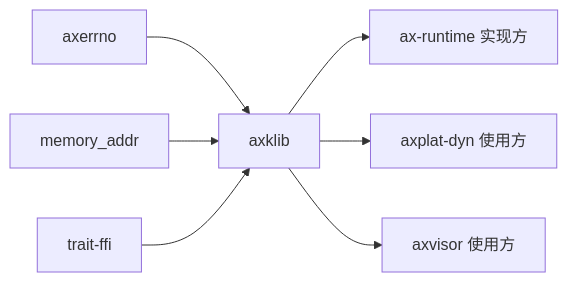
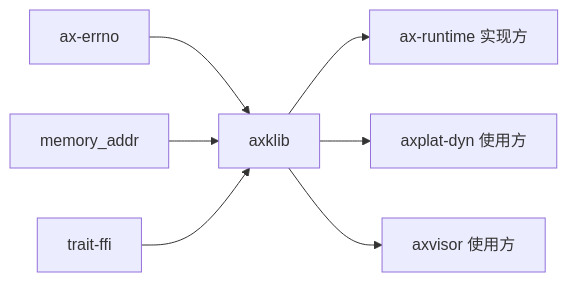
One commit to zKurisu/tgoskits changed the second of 2 diagrams in docs/crates/axklib.md. Above: the diagram before and after it, drawn with Mermaid. The commit also changed other lines of this file and 278 other files, not shown here.

Commit message:
rename axerrno to ax-errno

````diff
--- a/docs/crates/axklib.md
+++ b/docs/crates/axklib.md
@@ -82,10 +82,10 @@
 ```mermaid
 graph LR
-    axerrno["axerrno"] --> axklib["axklib"]
+    ax_errno["ax-errno"] --> axklib["axklib"]
     memory_addr["memory_addr"] --> axklib
     trait_ffi["trait-ffi"] --> axklib
 
     axklib --> ax-runtime["ax-runtime 实现方"]
     axklib --> axplat_dyn["axplat-dyn 使用方"]
     axklib --> axvisor["axvisor 使用方"]
 ```
````
